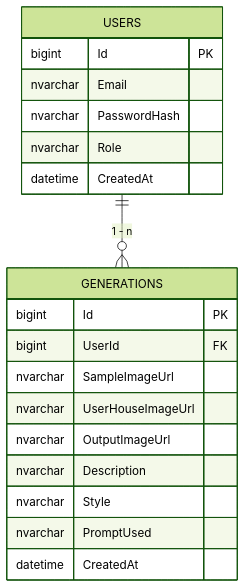
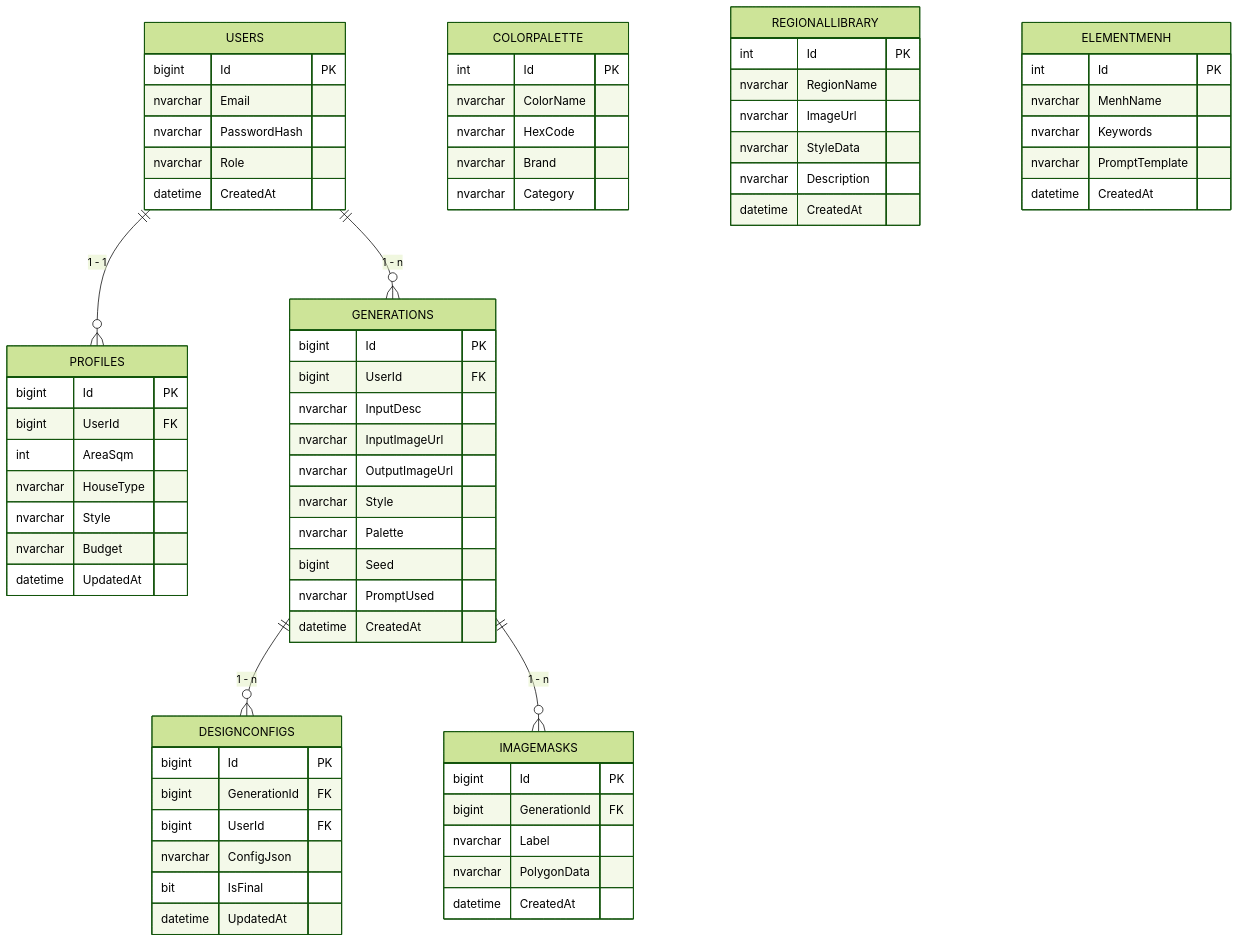
One commit to fugdin/NgoaiThat-AI changed the second of 4 diagrams in README.md. Above: the diagram before and after it, drawn with Mermaid (forest theme). The commit also changed other lines of this file, not shown here.

````diff
--- a/README.md
+++ b/README.md
@@ -122,23 +303,73 @@
 ```mermaid
 erDiagram
     USERS {
         bigint Id PK
         nvarchar Email
         nvarchar PasswordHash
         nvarchar Role
         datetime CreatedAt
     }
+    PROFILES {
+        bigint Id PK
+        bigint UserId FK
+        int AreaSqm
+        nvarchar HouseType
+        nvarchar Style
+        nvarchar Budget
+        datetime UpdatedAt
+    }
     GENERATIONS {
         bigint Id PK
         bigint UserId FK
-        nvarchar SampleImageUrl
-        nvarchar UserHouseImageUrl
+        nvarchar InputDesc
+        nvarchar InputImageUrl
         nvarchar OutputImageUrl
-        nvarchar Description
         nvarchar Style
+        nvarchar Palette
+        bigint Seed
         nvarchar PromptUsed
         datetime CreatedAt
     }
+    DESIGNCONFIGS {
+        bigint Id PK
+        bigint GenerationId FK
+        bigint UserId FK
+        nvarchar ConfigJson
+        bit IsFinal
+        datetime UpdatedAt
+    }
+    COLORPALETTE {
+        int Id PK
+        nvarchar ColorName
+        nvarchar HexCode
+        nvarchar Brand
+        nvarchar Category
+    }
+    IMAGEMASKS {
+        bigint Id PK
+        bigint GenerationId FK
+        nvarchar Label
+        nvarchar PolygonData
+        datetime CreatedAt
+    }
+    REGIONALLIBRARY {
+        int Id PK
+        nvarchar RegionName
+        nvarchar ImageUrl
+        nvarchar StyleData
+        nvarchar Description
+        datetime CreatedAt
+    }
+    ELEMENTMENH {
+        int Id PK
+        nvarchar MenhName
+        nvarchar Keywords
+        nvarchar PromptTemplate
+        datetime CreatedAt
+    }
 
+    USERS ||--o{ PROFILES : "1 - 1"
     USERS ||--o{ GENERATIONS : "1 - n"
+    GENERATIONS ||--o{ DESIGNCONFIGS : "1 - n"
+    GENERATIONS ||--o{ IMAGEMASKS : "1 - n"
 ```
````
